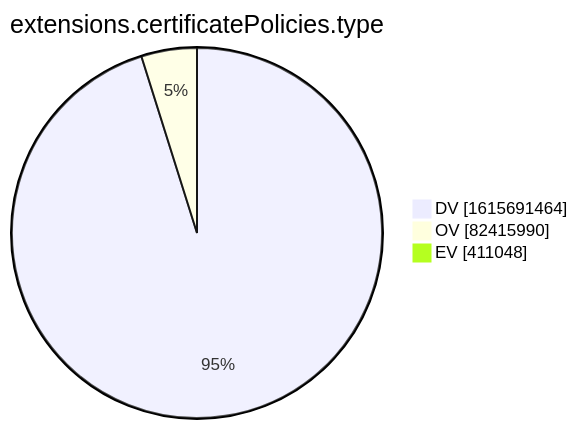
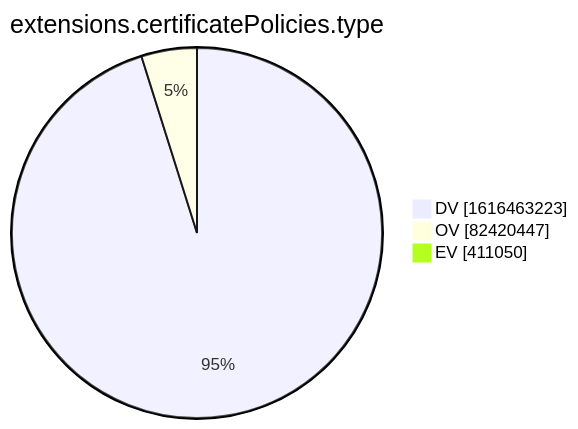
Before and after one commit to christiankrug/ctmonitor_visualization: the tenth of 15 diagrams in xenon2022/README.md, drawn with Mermaid. The commit also changed other lines of this file, not shown here.

````diff
--- a/xenon2022/README.md
+++ b/xenon2022/README.md
@@ -2878,7 +2878,7 @@
 ```mermaid
 pie showData
 title extensions.certificatePolicies.type
-"DV" :1615691464
-"OV" :82415990
-"EV" :411048
+"DV" :1616463223
+"OV" :82420447
+"EV" :411050
 ```
````
